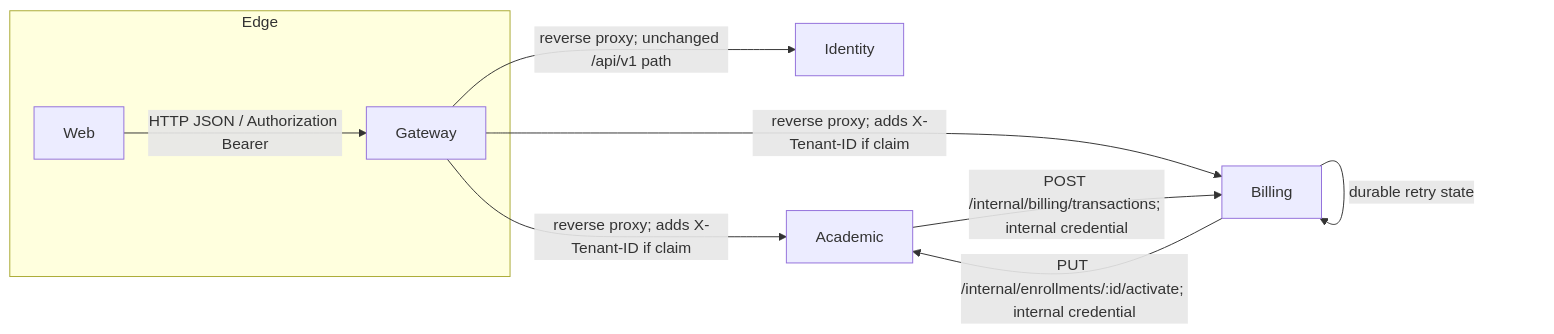
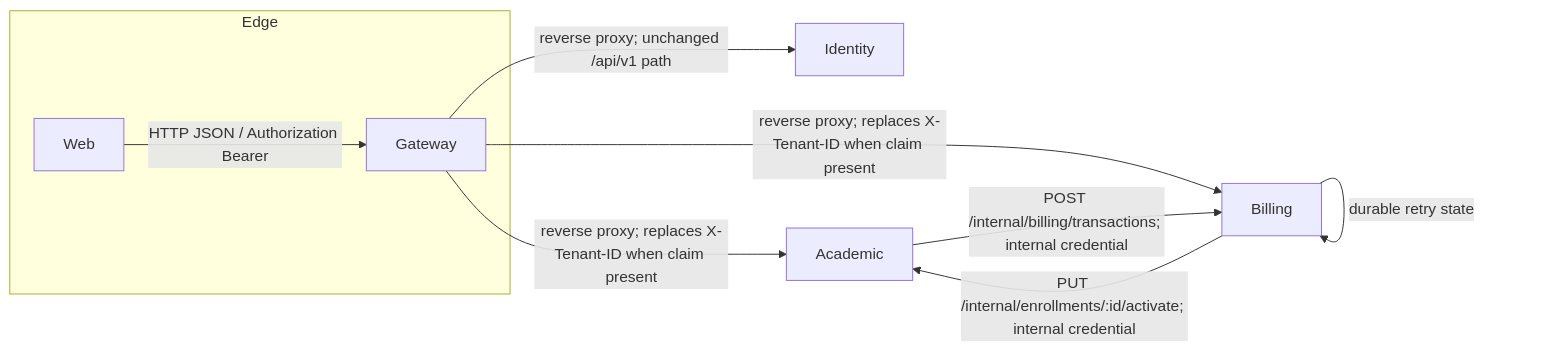
The diagram in docs/02-architecture.md (kelolakelas/kelolakelas-docs), drawn with Mermaid before and after one commit. The commit also changed 11 other files, not shown here.

First line of the commit message:
docs(KEL-19): document claim-only tenant context (#19)

````diff
--- a/docs/02-architecture.md
+++ b/docs/02-architecture.md
@@ -13,12 +13,12 @@
 ```mermaid
 flowchart LR
   subgraph Edge
     Web -->|HTTP JSON / Authorization Bearer| Gateway
   end
   Gateway -->|reverse proxy; unchanged /api/v1 path| Identity
-  Gateway -->|reverse proxy; adds X-Tenant-ID if claim| Academic
-  Gateway -->|reverse proxy; adds X-Tenant-ID if claim| Billing
+  Gateway -->|reverse proxy; replaces X-Tenant-ID when claim present| Academic
+  Gateway -->|reverse proxy; replaces X-Tenant-ID when claim present| Billing
   Academic -->|POST /internal/billing/transactions; internal credential| Billing
   Billing -->|PUT /internal/enrollments/:id/activate; internal credential| Academic
   Billing -->|durable retry state| Billing
 ```
````
